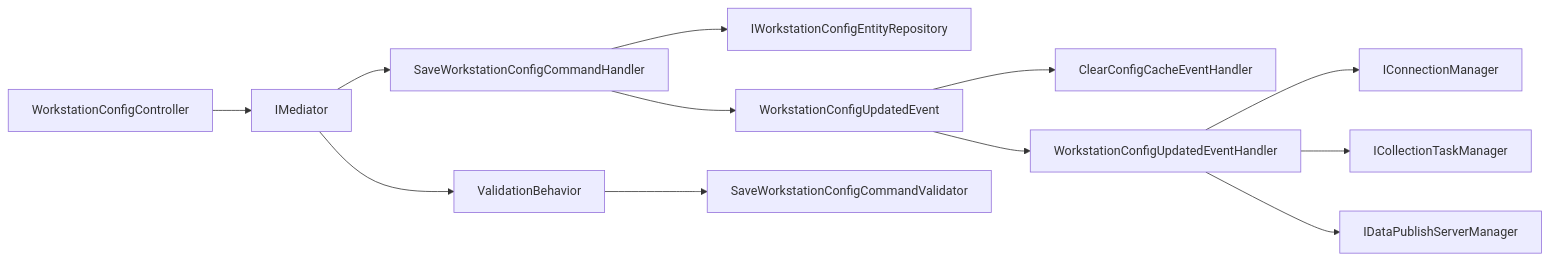
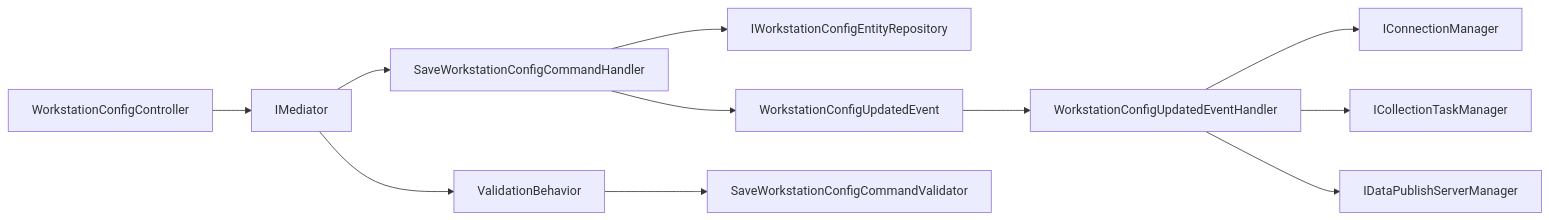
The sixth of 6 diagrams in .qoder/repowiki/zh/content/应用服务层/命令处理机制.md (whitemousetl/IndustrialDataSolution), drawn with Mermaid before and after one commit. The commit also changed other lines of this file and 18 other files, not shown here.

````diff
--- a/.qoder/repowiki/zh/content/应用服务层/命令处理机制.md
+++ b/.qoder/repowiki/zh/content/应用服务层/命令处理机制.md
@@ -270,14 +278,13 @@
 ```mermaid
 graph LR
 Controller["WorkstationConfigController"] --> MediatR["IMediator"]
 MediatR --> Handler["SaveWorkstationConfigCommandHandler"]
 Handler --> Repo["IWorkstationConfigEntityRepository"]
 Handler --> Event["WorkstationConfigUpdatedEvent"]
-Event --> EH1["ClearConfigCacheEventHandler"]
-Event --> EH2["WorkstationConfigUpdatedEventHandler"]
-EH2 --> ConnMgr["IConnectionManager"]
-EH2 --> TaskMgr["ICollectionTaskManager"]
-EH2 --> PubMgr["IDataPublishServerManager"]
+Event --> EH1["WorkstationConfigUpdatedEventHandler"]
+EH1 --> ConnMgr["IConnectionManager"]
+EH1 --> TaskMgr["ICollectionTaskManager"]
+EH1 --> PubMgr["IDataPublishServerManager"]
 MediatR --> Pipe["ValidationBehavior"]
 Pipe --> Validator["SaveWorkstationConfigCommandValidator"]
 ```
````
